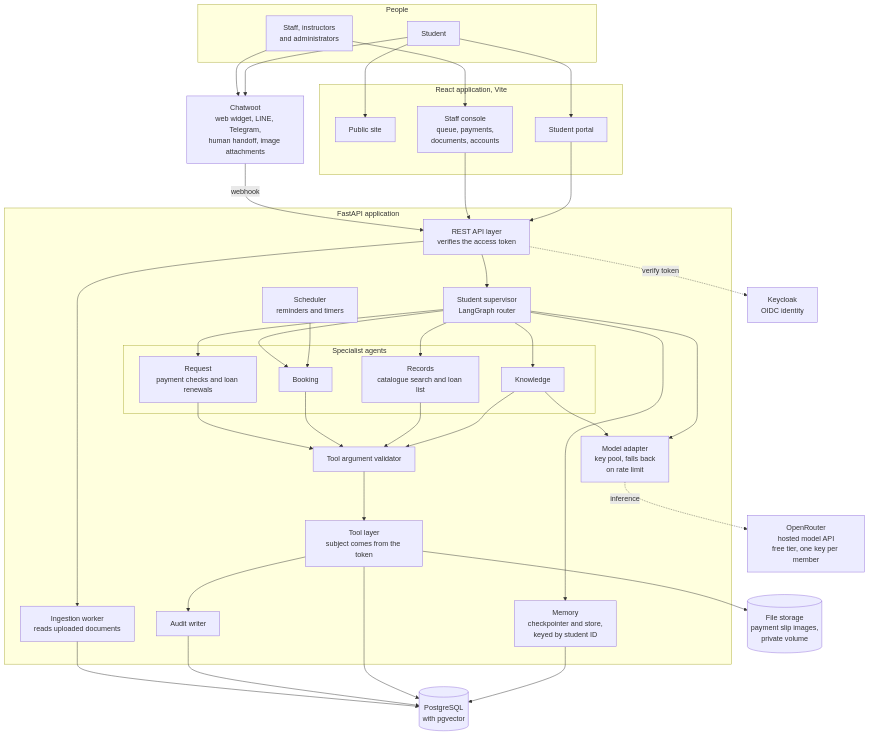
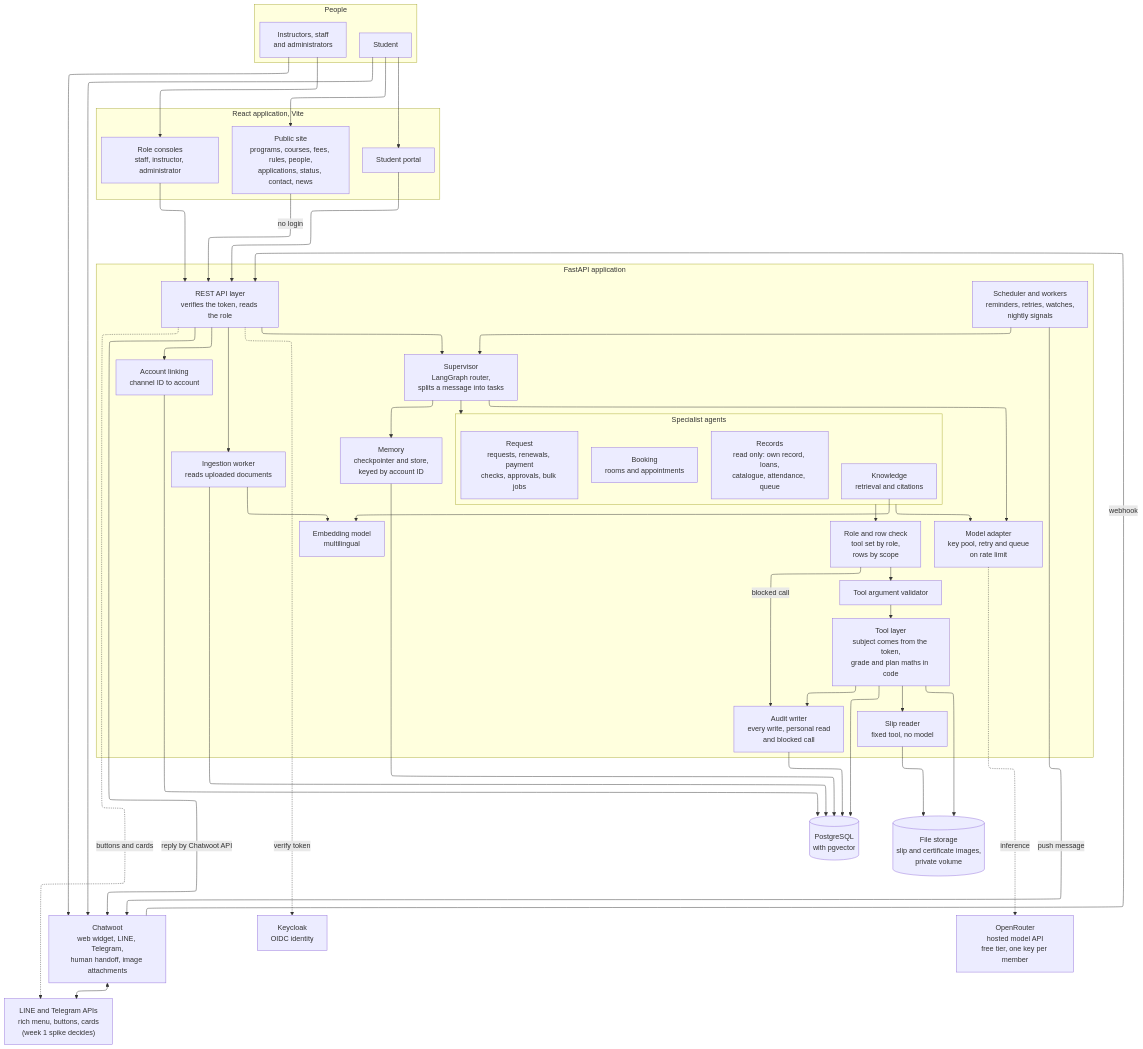
Before and after one commit to SaiWaiYanLynn/smart-university-website: the first of 11 diagrams in design/diagrams/diagrams-source.md, drawn with Mermaid. The commit also changed other lines of this file and 39 other files, not shown here.

Commit message:
Add guest pages content, new diagrams and updated architecture, ER and supervisor

````diff
--- a/design/diagrams/diagrams-source.md
+++ b/design/diagrams/diagrams-source.md
@@ -16,38 +18,47 @@
 ```mermaid
+---
+config:
+  layout: elk
+---
 flowchart TB
   subgraph Users["People"]
     STU["Student"]
-    STF["Staff, instructors<br/>and administrators"]
+    STF["Instructors, staff<br/>and administrators"]
   end
 
   subgraph Frontend["React application, Vite"]
-    PUB["Public site"]
+    PUB["Public site<br/>programs, courses, fees, rules, people,<br/>applications, status, contact, news"]
     POR["Student portal"]
-    CON["Staff console<br/>queue, payments,<br/>documents, accounts"]
+    CON["Role consoles<br/>staff, instructor, administrator"]
   end
 
   CWT["Chatwoot<br/>web widget, LINE, Telegram,<br/>human handoff, image attachments"]
+  CHN["LINE and Telegram APIs<br/>rich menu, buttons, cards<br/>(week 1 spike decides)"]
 
   subgraph API["FastAPI application"]
-    REST["REST API layer<br/>verifies the access token"]
-    SUP["Student supervisor<br/>LangGraph router"]
-    MEM["Memory<br/>checkpointer and store,<br/>keyed by student ID"]
-    SCH["Scheduler<br/>reminders and timers"]
+    REST["REST API layer<br/>verifies the token, reads the role"]
+    LNK["Account linking<br/>channel ID to account"]
+    SUP["Supervisor<br/>LangGraph router,<br/>splits a message into tasks"]
+    MEM["Memory<br/>checkpointer and store,<br/>keyed by account ID"]
+    SCH["Scheduler and workers<br/>reminders, retries, watches,<br/>nightly signals"]
     subgraph AG["Specialist agents"]
-      K["Knowledge"]
-      R["Records<br/>catalogue search and loan list"]
-      B["Booking"]
-      Q["Request<br/>payment checks and loan renewals"]
+      K["Knowledge<br/>retrieval and citations"]
+      R["Records<br/>read only: own record, loans,<br/>catalogue, attendance, queue"]
+      B["Booking<br/>rooms and appointments"]
+      Q["Request<br/>requests, renewals, payment<br/>checks, approvals, bulk jobs"]
     end
+    ROLE["Role and row check<br/>tool set by role,<br/>rows by scope"]
     VAL["Tool argument validator"]
-    TOOL["Tool layer<br/>subject comes from the token"]
-    AUD["Audit writer"]
+    TOOL["Tool layer<br/>subject comes from the token,<br/>grade and plan maths in code"]
+    SLP["Slip reader<br/>fixed tool, no model"]
+    AUD["Audit writer<br/>every write, personal read<br/>and blocked call"]
     ING["Ingestion worker<br/>reads uploaded documents"]
-    LLM["Model adapter<br/>key pool, falls back<br/>on rate limit"]
+    EMB["Embedding model<br/>multilingual"]
+    LLM["Model adapter<br/>key pool, retry and queue<br/>on rate limit"]
   end
 
   PG[("PostgreSQL<br/>with pgvector")]
-  FS[("File storage<br/>payment slip images,<br/>private volume")]
+  FS[("File storage<br/>slip and certificate images,<br/>private volume")]
   KC["Keycloak<br/>OIDC identity"]
   OR["OpenRouter<br/>hosted model API<br/>free tier, one key per member"]
 
@@ -56,37 +67,43 @@
   STU --> CWT
   STF --> CON
   STF --> CWT
+  CWT <--> CHN
 
+  PUB -- "no login" --> REST
   POR --> REST
   CON --> REST
   CWT -- webhook --> REST
+  REST -- "reply by Chatwoot API" --> CWT
+  REST -. "buttons and cards" .-> CHN
 
   REST --> SUP
   REST -. verify token .-> KC
+  REST --> LNK
+  LNK --> PG
   REST --> ING
 
   SUP --> MEM
   MEM --> PG
-  SCH --> B
+  SCH --> SUP
+  SCH -- "push message" --> CWT
 
-  SUP --> K
-  SUP --> R
-  SUP --> B
-  SUP --> Q
+  SUP --> AG
+  AG --> ROLE
+  ROLE --> VAL
+  VAL --> TOOL
+  ROLE -- "blocked call" --> AUD
 
-  K --> VAL
-  R --> VAL
-  B --> VAL
-  Q --> VAL
-
-  VAL --> TOOL
   TOOL --> PG
   TOOL --> FS
+  TOOL --> SLP
+  SLP --> FS
   TOOL --> AUD
   AUD --> PG
+  ING --> EMB
+  K --> EMB
   ING --> PG
 
   SUP --> LLM
-  K --> LLM
+  AG --> LLM
   LLM -. inference .-> OR
 ```
````
